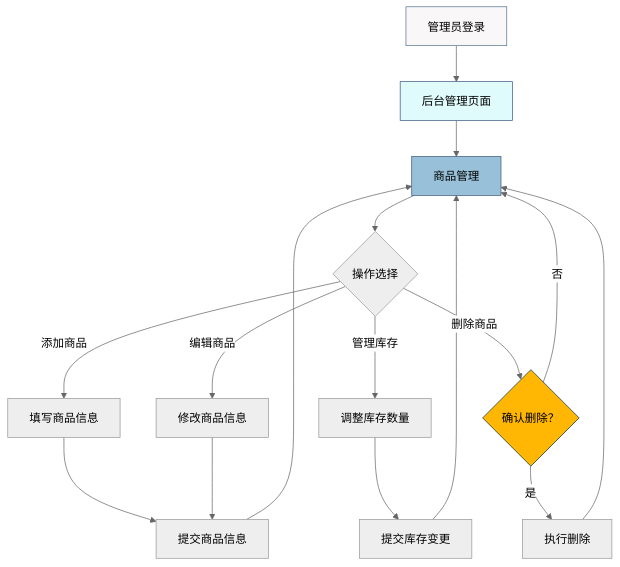
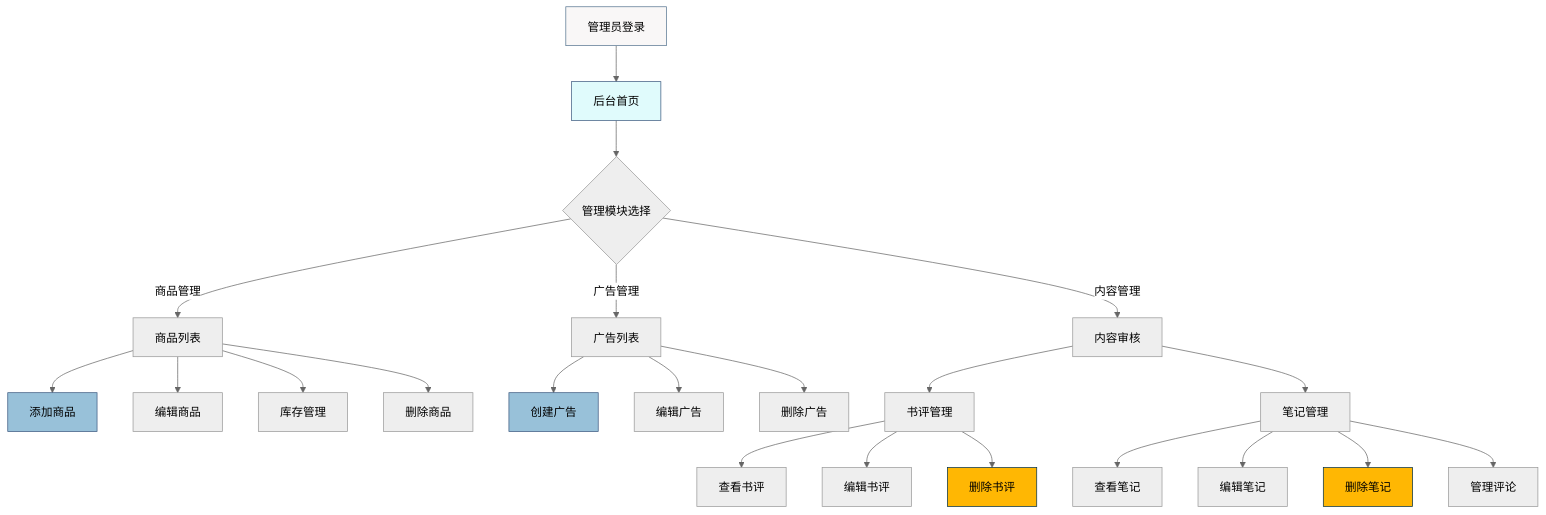
One commit to pilgrimlyieu/Tomato-Bookstore changed the seventh of 7 diagrams in docs/lab/hci-design.md. Above: the diagram before and after it, drawn with Mermaid. The commit also changed other lines of this file and 15 other files, not shown here.

````diff
--- a/docs/lab/hci-design.md
+++ b/docs/lab/hci-design.md
@@ -344,24 +436,38 @@
 ```mermaid
 %%{init: {'theme':'neutral'}}%%
 flowchart TD
-    A[管理员登录] --> B[后台管理页面]
-    B --> C[商品管理]
-    C --> D{操作选择}
-    D -->|添加商品| E[填写商品信息]
-    D -->|编辑商品| F[修改商品信息]
-    D -->|管理库存| G[调整库存数量]
-    D -->|删除商品| H{确认删除？}
-    E --> I[提交商品信息]
-    F --> I
-    G --> J[提交库存变更]
-    H -->|是| K[执行删除]
-    H -->|否| C
-    I --> C
-    J --> C
-    K --> C
+    A[管理员登录] --> B[后台首页]
+    B --> C{管理模块选择}
+
+    C -->|商品管理| D[商品列表]
+    C -->|广告管理| E[广告列表]
+    C -->|内容管理| F[内容审核]
+
+    D --> D1[添加商品]
+    D --> D2[编辑商品]
+    D --> D3[库存管理]
+    D --> D4[删除商品]
+
+    E --> E1[创建广告]
+    E --> E2[编辑广告]
+    E --> E3[删除广告]
+
+    F --> F1[书评管理]
+    F --> F2[笔记管理]
+
+    F1 --> F1A[查看书评]
+    F1 --> F1B[编辑书评]
+    F1 --> F1C[删除书评]
+
+    F2 --> F2A[查看笔记]
+    F2 --> F2B[编辑笔记]
+    F2 --> F2C[删除笔记]
+    F2 --> F2D[管理评论]
 
     style A fill:#f9f7f7,stroke:#577590
     style B fill:#e0fbfc,stroke:#3d5a80
-    style C fill:#98c1d9,stroke:#3d5a80
-    style H fill:#ffb703,stroke:#023047
+    style D1 fill:#98c1d9,stroke:#3d5a80
+    style E1 fill:#98c1d9,stroke:#3d5a80
+    style F1C fill:#ffb703,stroke:#023047
+    style F2C fill:#ffb703,stroke:#023047
 ```
````
